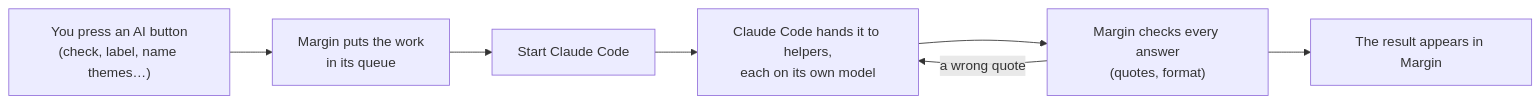
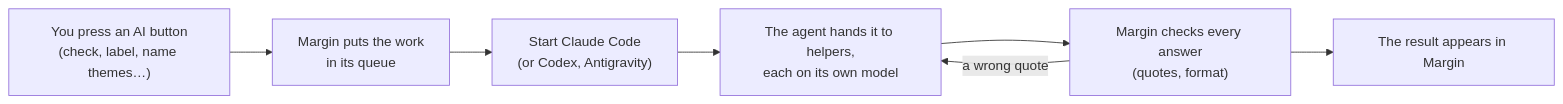
One commit to dvaud/margin changed the diagram in docs/manual/how-the-ai-is-used.md. Above: the diagram before and after it, drawn with Mermaid. The commit also changed other lines of this file and 81 other files, not shown here.

````diff
--- a/docs/manual/how-the-ai-is-used.md
+++ b/docs/manual/how-the-ai-is-used.md
@@ -26,9 +27,9 @@
 ```mermaid
 flowchart LR
     A["You press an AI button<br/>(check, label, name themes…)"] --> Q["Margin puts the work<br/>in its queue"]
-    Q --> S["Start Claude Code"]
-    S --> H["Claude Code hands it to helpers,<br/>each on its own model"]
+    Q --> S["Start Claude Code<br/>(or Codex, Antigravity)"]
+    S --> H["The agent hands it to helpers,<br/>each on its own model"]
     H --> V["Margin checks every answer<br/>(quotes, format)"]
     V -- "a wrong quote" --> H
     V --> R["The result appears in Margin"]
 ```
````
